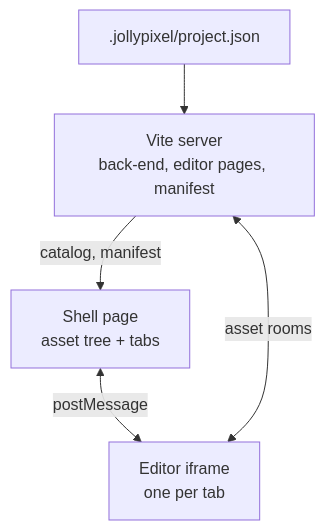
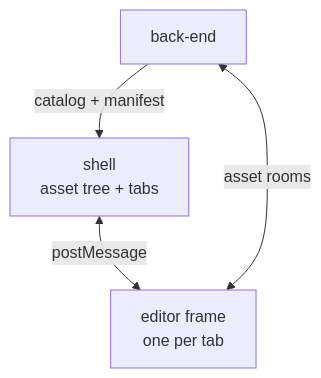
Before and after one commit to JollyPixel/editor: the second of 6 diagrams in packages/studio/ARCHITECTURE.md, drawn with Mermaid. The commit also changed other lines of this file, not shown here.

Commit message:
chore(studio): revamp ARCHITECTURE.md

````diff
--- a/packages/studio/ARCHITECTURE.md
+++ b/packages/studio/ARCHITECTURE.md
@@ -11,11 +24,6 @@
 ```mermaid
 flowchart TB
-  File[".jollypixel/project.json"]
-  Server["Vite server<br/>back-end, editor pages, manifest"]
-  Shell["Shell page<br/>asset tree + tabs"]
-  Frame["Editor iframe<br/>one per tab"]
-  File --> Server
-  Server -->|"catalog, manifest"| Shell
-  Shell <-->|"postMessage"| Frame
-  Frame <-->|"asset rooms"| Server
+    Backend["back-end"] -->|"catalog + manifest"| Shell["shell<br/>asset tree + tabs"]
+    Shell <-->|"postMessage"| Frame["editor frame<br/>one per tab"]
+    Frame <-->|"asset rooms"| Backend
 ```
````
